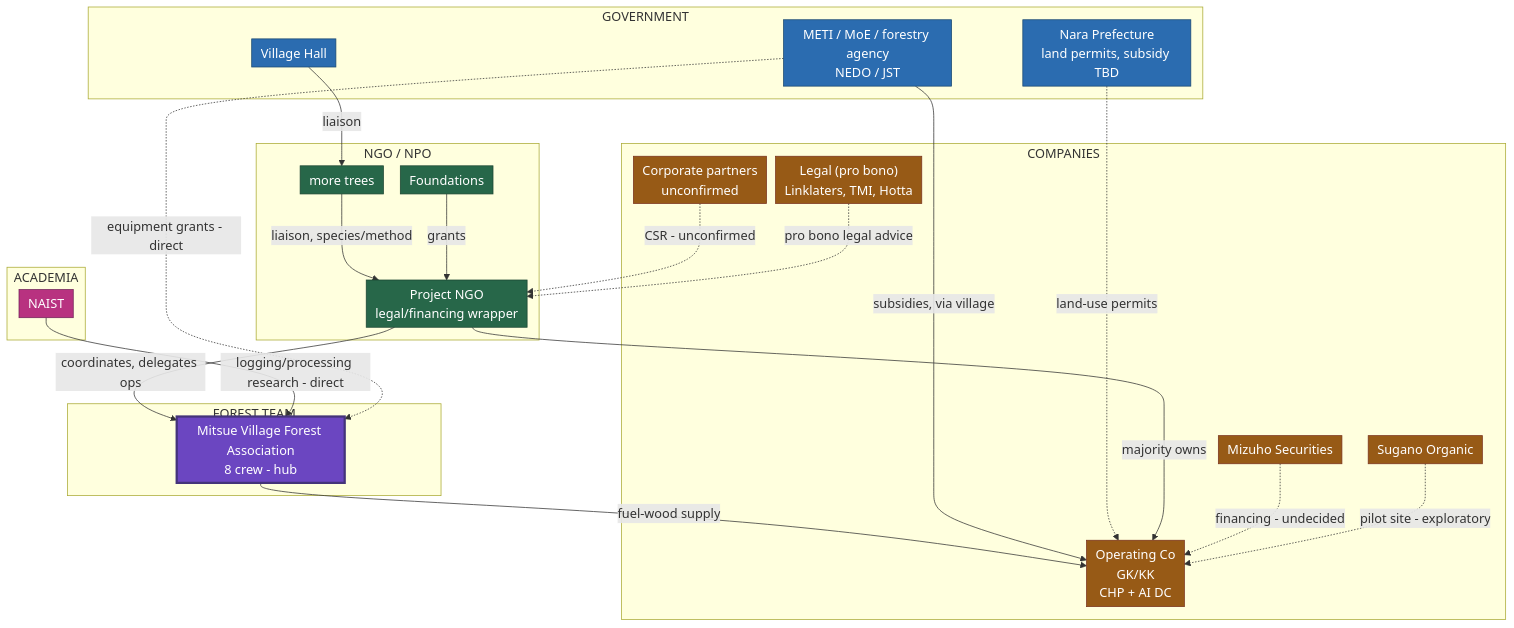
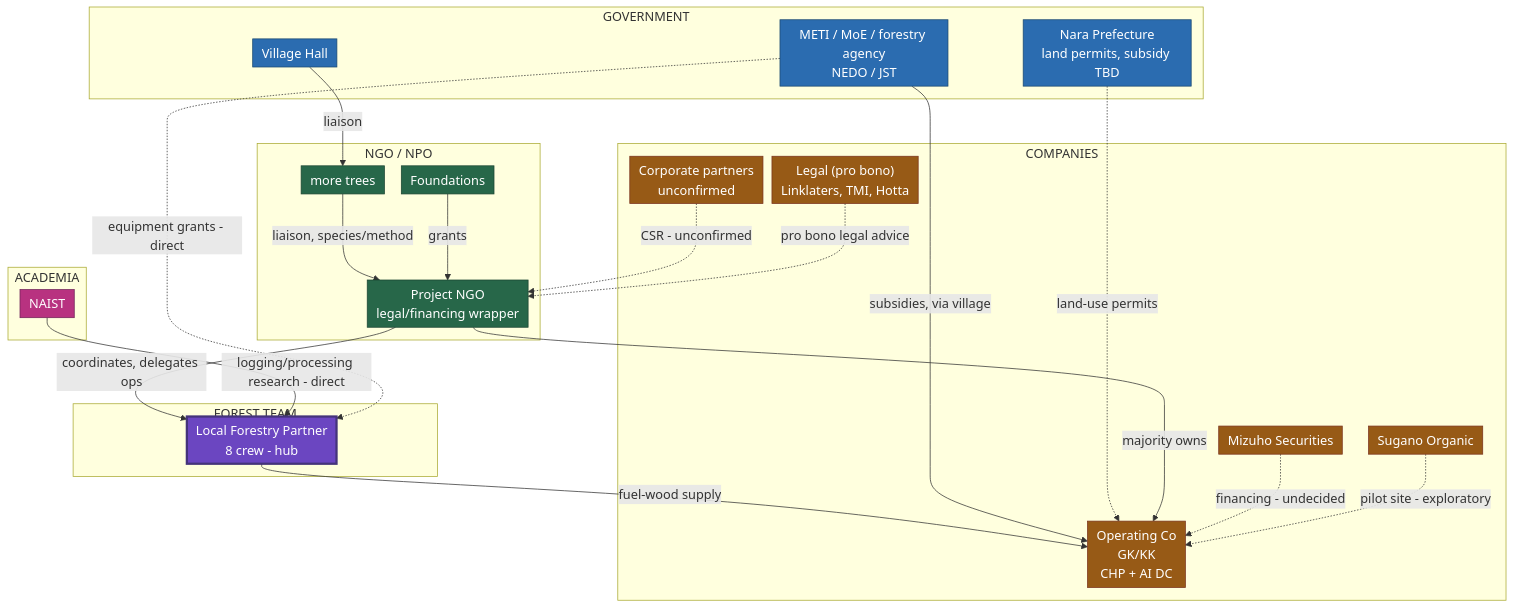
The diagram in docs/meetings/mitsue_stakeholder_network_forest_led_a4.md (robouden/mitsue-ai-data-center), drawn with Mermaid before and after one commit. The commit also changed other lines of this file and 143 other files, not shown here.

````diff
--- a/docs/meetings/mitsue_stakeholder_network_forest_led_a4.md
+++ b/docs/meetings/mitsue_stakeholder_network_forest_led_a4.md
@@ -32,53 +32,53 @@
 ```mermaid
 %%{init: {'flowchart': {'nodeSpacing': 12, 'rankSpacing': 34, 'padding': 6}, 'themeVariables': {'fontSize':'17px'}}}%%
 graph TB
     subgraph Government["GOVERNMENT"]
         VILLAGE["Village Hall"]
         NARA["Nara Prefecture<br/>land permits, subsidy TBD"]
         NATIONAL["METI / MoE / forestry agency<br/>NEDO / JST"]
     end
     subgraph NGO_NPO["NGO / NPO"]
         NGO["Project NGO<br/>legal/financing wrapper"]
         MORETREES["more trees"]
         FOUND["Foundations"]
     end
     subgraph Cooperative["FOREST TEAM"]
-        COOP["Mitsue Village Forest Association<br/>8 crew - hub"]
+        COOP["Local Forestry Partner<br/>8 crew - hub"]
     end
     subgraph Companies["COMPANIES"]
         GK["Operating Co<br/>GK/KK<br/>CHP + AI DC"]
         MIZUHO["Mizuho Securities"]
         SUGANO["Sugano Organic"]
         CORP["Corporate partners<br/>unconfirmed"]
         LEGAL["Legal (pro bono)<br/>Linklaters, TMI, Hotta"]
     end
     subgraph Academia["ACADEMIA"]
         NAIST["NAIST"]
     end
 
     VILLAGE -->|liaison| MORETREES
     MORETREES -->|liaison, species/method| NGO
     NGO -->|coordinates, delegates ops| COOP
     NAIST -->|logging/processing research - direct| COOP
     COOP -->|fuel-wood supply| GK
     NATIONAL -->|subsidies, via village| GK
     NATIONAL -.->|equipment grants - direct| COOP
     NARA -.->|land-use permits| GK
     NGO -->|majority owns| GK
     FOUND -->|grants| NGO
     MIZUHO -.->|financing - undecided| GK
     CORP -.->|CSR - unconfirmed| NGO
     SUGANO -.->|pilot site - exploratory| GK
     LEGAL -.->|pro bono legal advice| NGO
 
     classDef gov fill:#2b6cb0,color:#fff,stroke:#1a4971,stroke-width:1px
     classDef ngo fill:#276749,color:#fff,stroke:#1c4532,stroke-width:1px
     classDef co fill:#975a16,color:#fff,stroke:#7b341e,stroke-width:1px
     classDef coop fill:#6b46c1,color:#fff,stroke:#44337a,stroke-width:3px
     classDef acad fill:#b83280,color:#fff,stroke:#702459,stroke-width:1px
     class VILLAGE,NARA,NATIONAL gov
     class NGO,MORETREES,FOUND ngo
     class GK,MIZUHO,CORP,SUGANO,LEGAL co
     class COOP coop
     class NAIST acad
 ```
````
